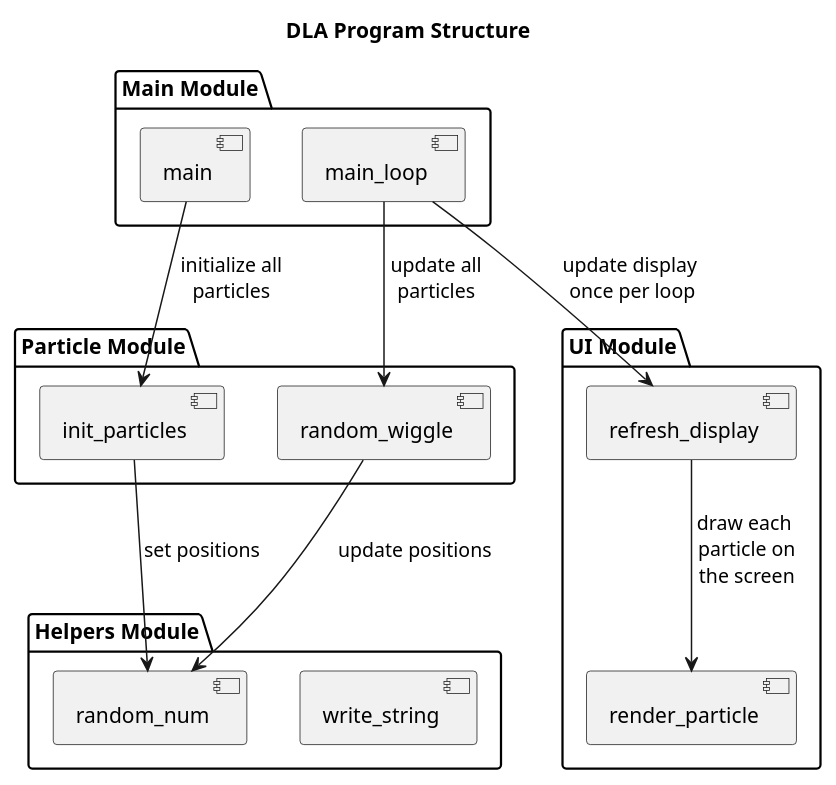
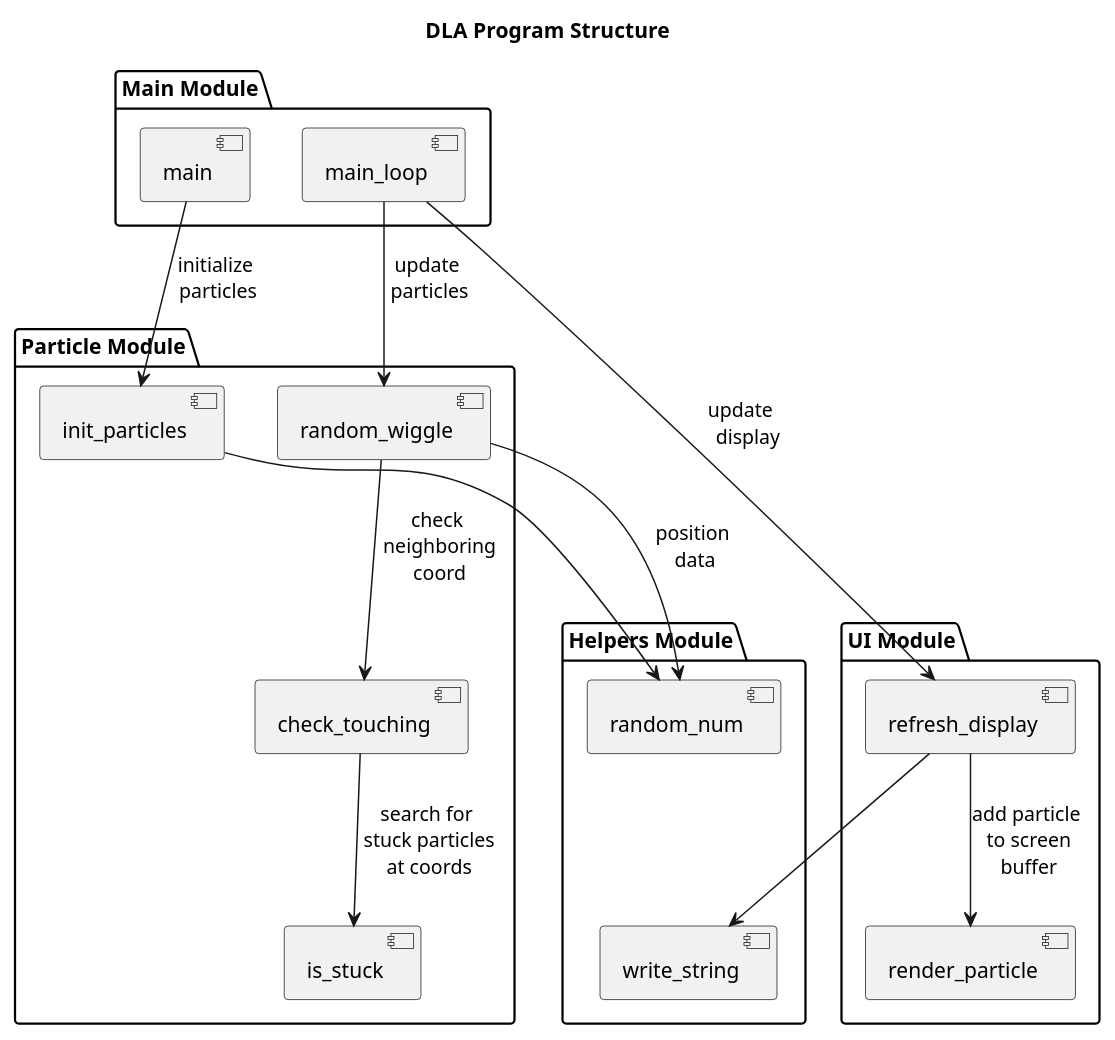
One commit to travisformayor/assembly_dla changed the diagram in diagrams/structure.puml. Above: the diagram before and after it, drawn with PlantUML. The commit also changed 2 other files, not shown here.

```diff
--- a/diagrams/structure.puml
+++ b/diagrams/structure.puml
@@ -1,41 +1,48 @@
 @startuml Structure
 
 title "DLA Program Structure"
 
+package "Main Module" {
+  [main_loop]
+  [main]
+}
+
+package "Particle Module" {
+  [init_particles]
+  [random_wiggle]
+  [check_touching]
+  [is_stuck]
+}
+
 together {
-  package "Main Module" {
-    [main_loop]
-    [main]
-  }
-  
-  package "Particle Module" {
-    [init_particles]
-    [random_wiggle]
+  package "UI Module" {
+    [refresh_display]
+    [render_particle]
   }
   
   package "Helpers Module" {
+      [random_num]
       [write_string]
-      [random_num]
   }
 }
 
-package "UI Module" {
-  [refresh_display]
-  [render_particle]
-}
-
 ' Main Connections
-main --> init_particles : " initialize all\n particles"
-main_loop --> random_wiggle : " update all\n particles"
-main_loop --> refresh_display : "update display\n once per loop"
+main --> init_particles : "initialize\n particles"
+main_loop --> random_wiggle : "update\n particles"
+main_loop --> refresh_display : "update\n   display"
 
 ' Particle Connections
-init_particles --> random_num : "set positions"
-random_wiggle --> random_num : " update positions"
+init_particles --> random_num
+random_wiggle --> random_num : "position\n data"
+random_wiggle --> check_touching : "check\n neighboring\n coord"
+
+check_touching --> is_stuck : "search for\n stuck particles\n at coords"
 
 ' UI Connections
-refresh_display --> render_particle : "draw each\n particle on\n the screen"
+refresh_display --> render_particle : "add particle\n to screen\n buffer"
+refresh_display --> write_string
 
 ' Helpers Connections
+random_num -[Hidden]- write_string
 
 @enduml
```
